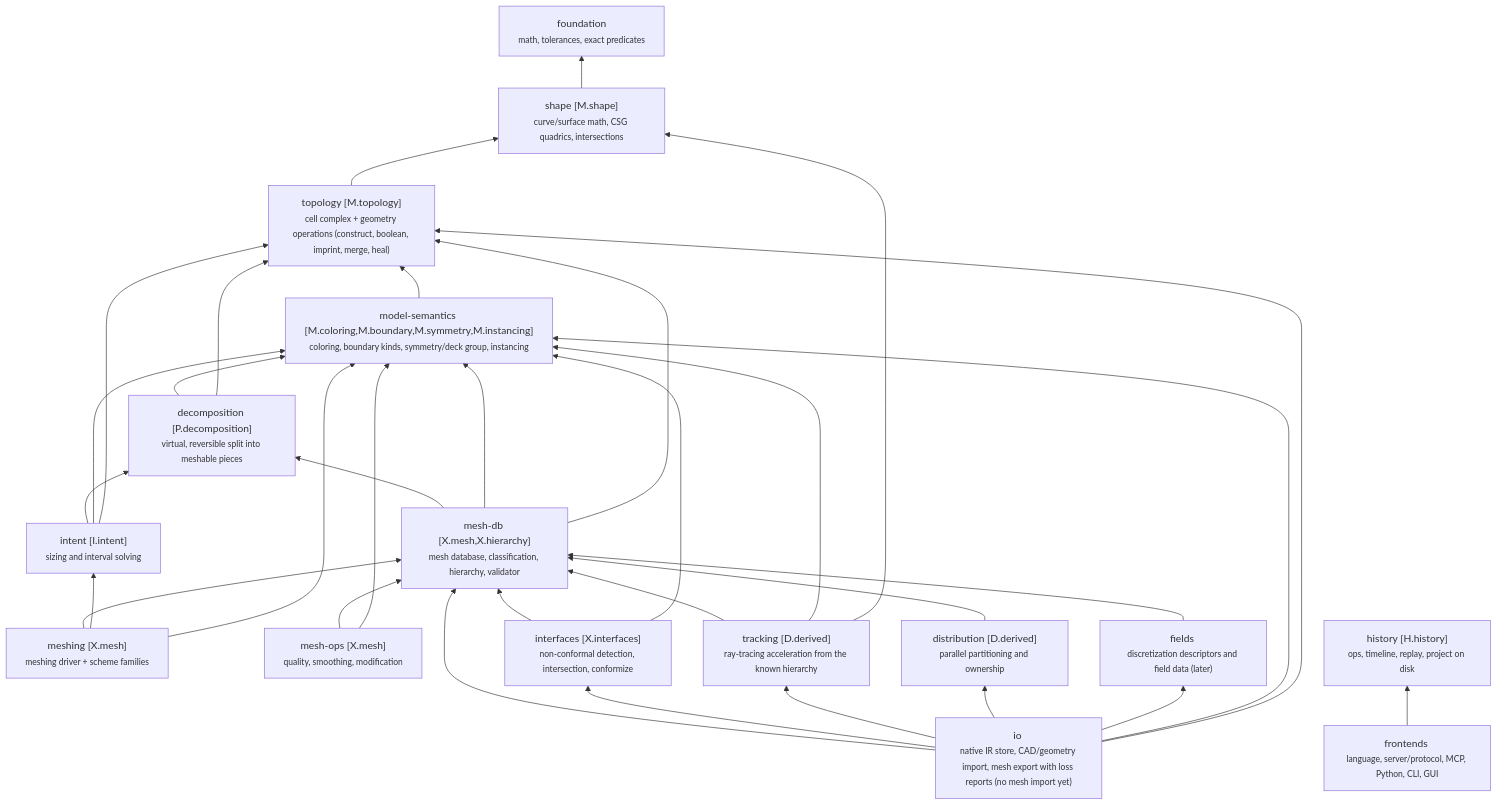
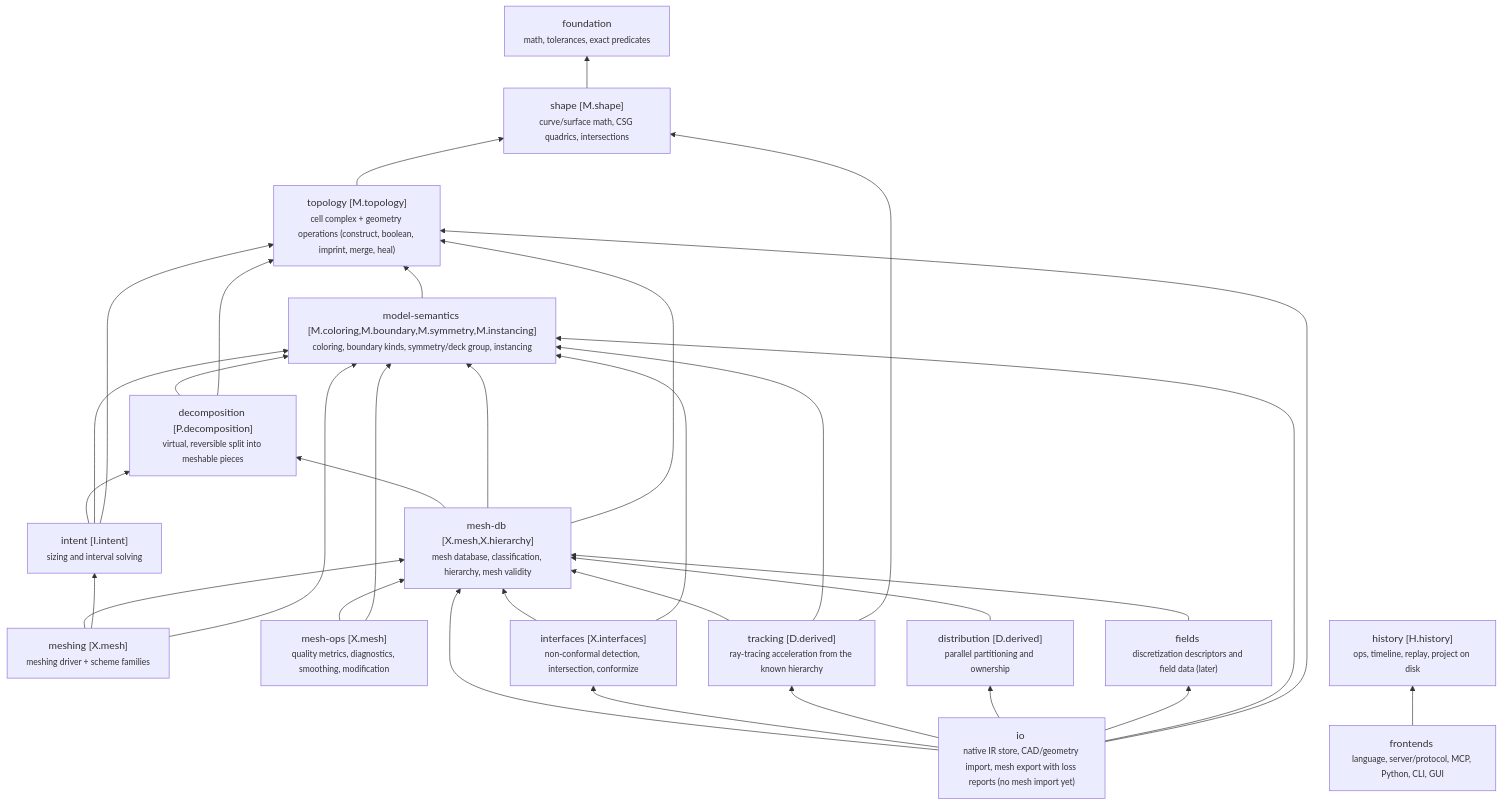
The diagram in docs/graph/domains.mmd (deOliveira-R/smart-mesher), drawn with Mermaid before and after one commit. The commit also changed 11 other files, not shown here.

First line of the commit message:
graph: resolve stage-order conflicts; stage rules are CI errors

```diff
--- a/docs/graph/domains.mmd
+++ b/docs/graph/domains.mmd
@@ -1,48 +1,48 @@
 graph BT
   foundation["foundation <br/><small>math, tolerances, exact predicates</small>"]
   shape["shape [M.shape]<br/><small>curve/surface math, CSG quadrics, intersections</small>"]
   topology["topology [M.topology]<br/><small>cell complex + geometry operations (construct, boolean, imprint, merge, heal)</small>"]
   model_semantics["model-semantics [M.coloring,M.boundary,M.symmetry,M.instancing]<br/><small>coloring, boundary kinds, symmetry/deck group, instancing</small>"]
   decomposition["decomposition [P.decomposition]<br/><small>virtual, reversible split into meshable pieces</small>"]
   intent["intent [I.intent]<br/><small>sizing and interval solving</small>"]
   meshing["meshing [X.mesh]<br/><small>meshing driver + scheme families</small>"]
-  mesh_db["mesh-db [X.mesh,X.hierarchy]<br/><small>mesh database, classification, hierarchy, validator</small>"]
-  mesh_ops["mesh-ops [X.mesh]<br/><small>quality, smoothing, modification</small>"]
+  mesh_db["mesh-db [X.mesh,X.hierarchy]<br/><small>mesh database, classification, hierarchy, mesh validity</small>"]
+  mesh_ops["mesh-ops [X.mesh]<br/><small>quality metrics, diagnostics, smoothing, modification</small>"]
   interfaces["interfaces [X.interfaces]<br/><small>non-conformal detection, intersection, conformize</small>"]
   tracking["tracking [D.derived]<br/><small>ray-tracing acceleration from the known hierarchy</small>"]
   distribution["distribution [D.derived]<br/><small>parallel partitioning and ownership</small>"]
   fields["fields <br/><small>discretization descriptors and field data (later)</small>"]
   io["io <br/><small>native IR store, CAD/geometry import, mesh export with loss reports (no mesh import yet)</small>"]
   history["history [H.history]<br/><small>ops, timeline, replay, project on disk</small>"]
   frontends["frontends <br/><small>language, server/protocol, MCP, Python, CLI, GUI</small>"]
   shape --> foundation
   topology --> shape
   model_semantics --> topology
   decomposition --> model_semantics
   decomposition --> topology
   intent --> decomposition
   intent --> model_semantics
   intent --> topology
   mesh_db --> decomposition
   mesh_db --> model_semantics
   mesh_db --> topology
   meshing --> mesh_db
   meshing --> intent
   meshing --> model_semantics
   mesh_ops --> mesh_db
   mesh_ops --> model_semantics
   interfaces --> mesh_db
   interfaces --> model_semantics
   tracking --> mesh_db
   tracking --> model_semantics
   tracking --> shape
   distribution --> mesh_db
   fields --> mesh_db
   io --> mesh_db
   io --> interfaces
   io --> tracking
   io --> distribution
   io --> fields
   io --> model_semantics
   io --> topology
   frontends --> history
```
